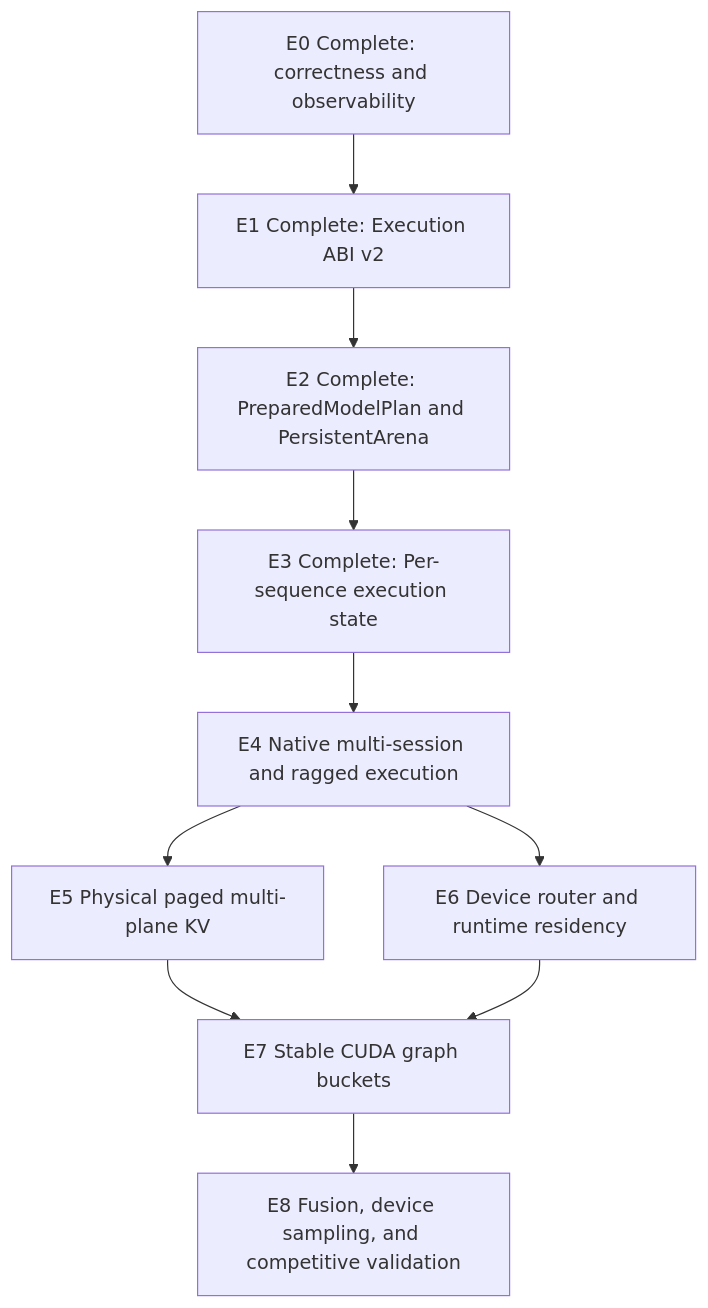
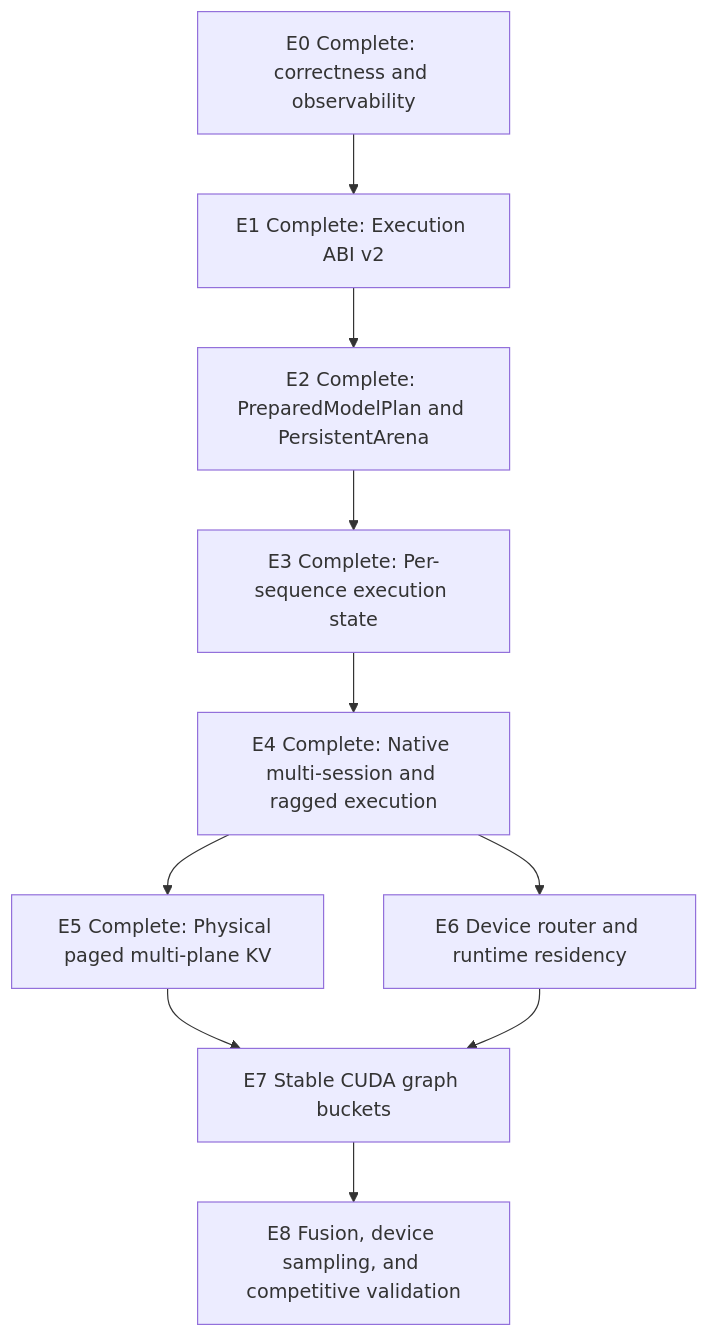
One commit to devillove084/Ferrule changed the diagram in docs/ROADMAP.md. Above: the diagram before and after it, drawn with Mermaid. The commit also changed other lines of this file and 91 other files, not shown here.

Commit message:
feat: complete native batching and paged KV

````diff
--- a/docs/ROADMAP.md
+++ b/docs/ROADMAP.md
@@ -160,12 +159,13 @@
 ```mermaid
 flowchart TD
     E0[E0 Complete: correctness and observability] --> E1[E1 Complete: Execution ABI v2]
     E1 --> E2[E2 Complete: PreparedModelPlan and PersistentArena]
     E2 --> E3[E3 Complete: Per-sequence execution state]
-    E3 --> E4[E4 Native multi-session and ragged execution]
-    E4 --> E5[E5 Physical paged multi-plane KV]
+    E3[E3 Complete: Per-sequence execution state]
+    E3 --> E4[E4 Complete: Native multi-session and ragged execution]
+    E4 --> E5[E5 Complete: Physical paged multi-plane KV]
     E4 --> E6[E6 Device router and runtime residency]
     E5 --> E7[E7 Stable CUDA graph buckets]
     E6 --> E7
     E7 --> E8[E8 Fusion, device sampling, and competitive validation]
 ```
````
